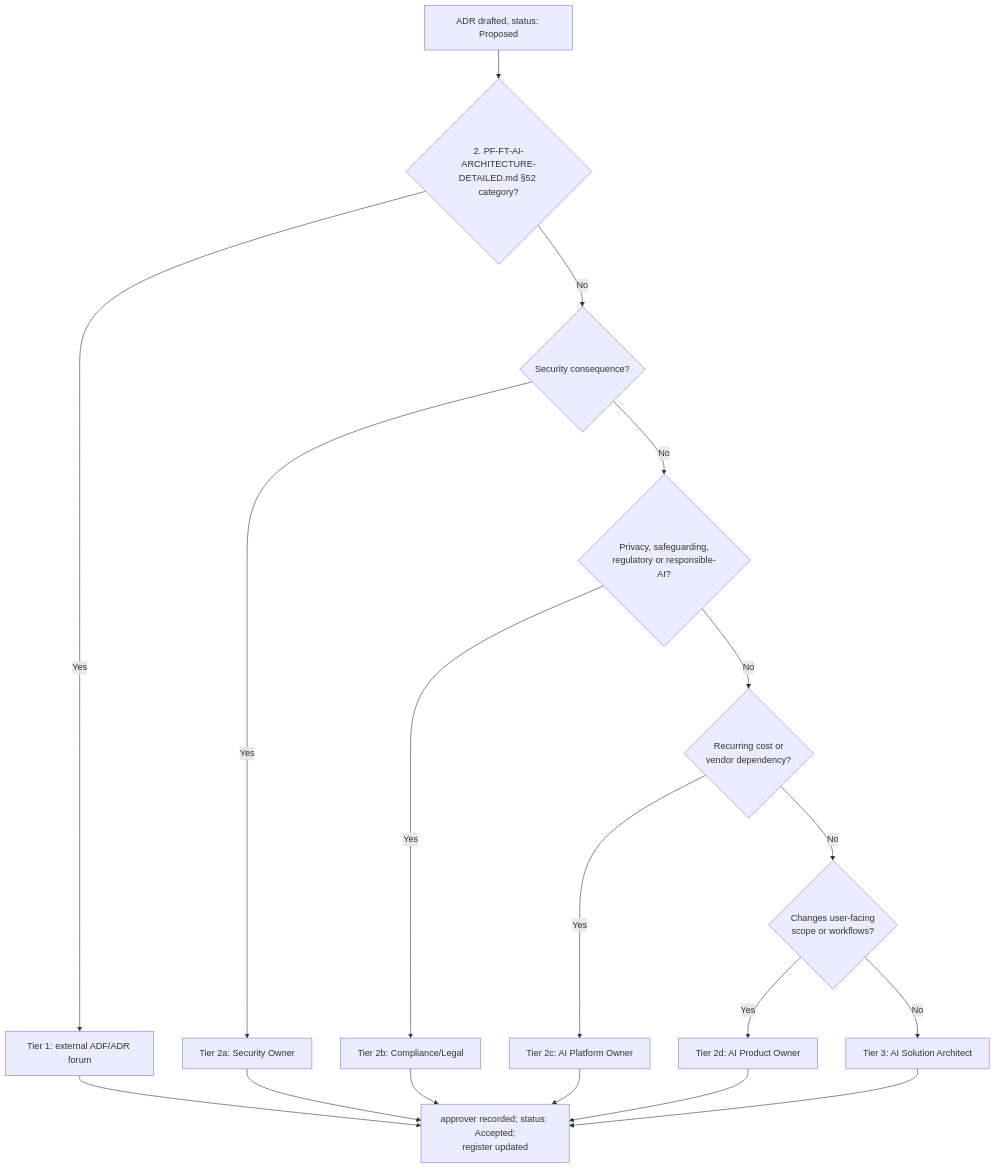
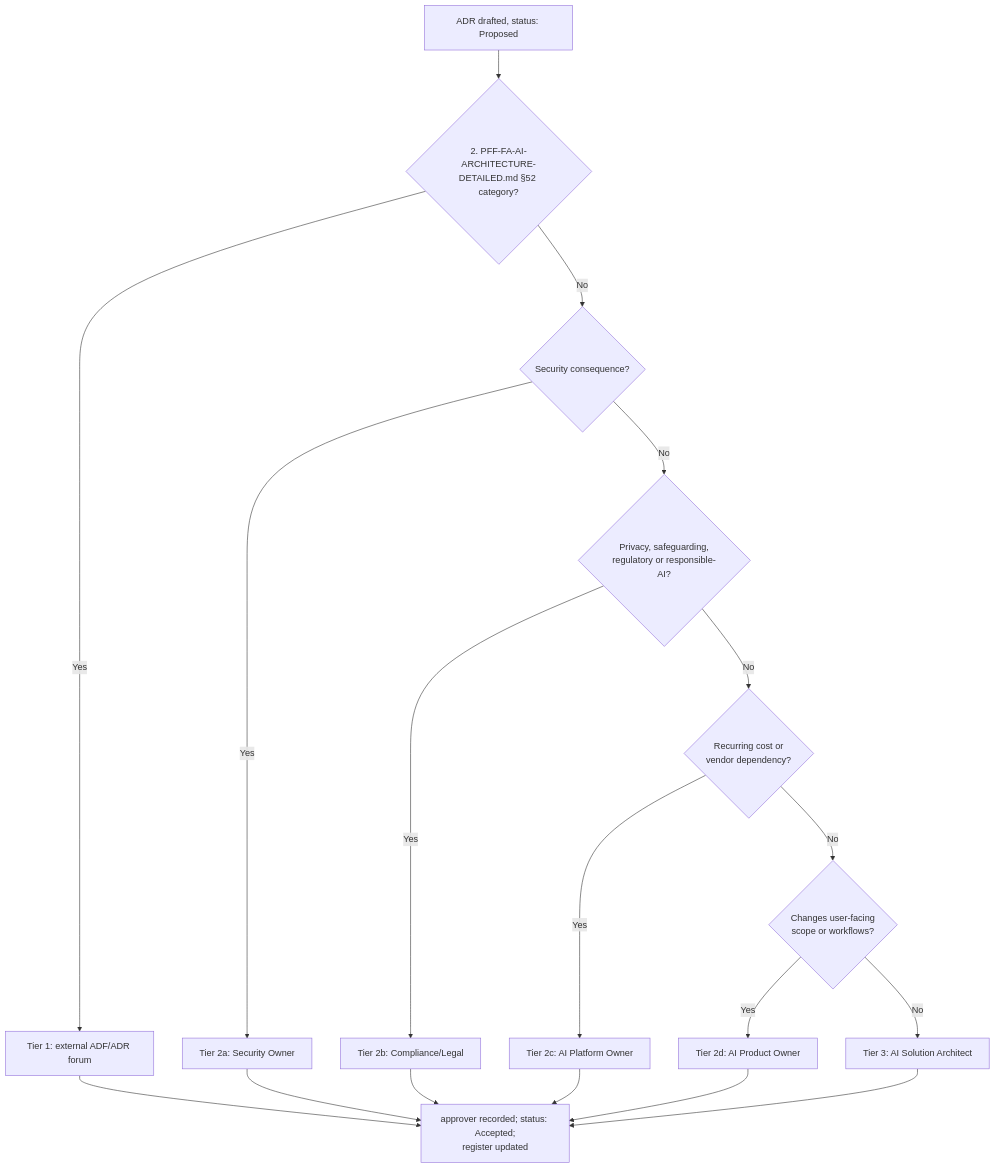
One commit to gobimca87/PF-FT changed the diagram in docs/architecture/adr/00-decision-programme/ADR-D0-03-decision-authority-and-review-board.md. Above: the diagram before and after it, drawn with Mermaid. The commit also changed other lines of this file and 880 other files, not shown here.

````diff
--- a/docs/architecture/adr/00-decision-programme/ADR-D0-03-decision-authority-and-review-board.md
+++ b/docs/architecture/adr/00-decision-programme/ADR-D0-03-decision-authority-and-review-board.md
@@ -306,20 +306,20 @@
 ```mermaid
 flowchart TD
-    A[ADR drafted, status: Proposed] --> B{2. PF-FT-AI-ARCHITECTURE-DETAILED.md §52 category?}
+    A[ADR drafted, status: Proposed] --> B{2. PFF-FA-AI-ARCHITECTURE-DETAILED.md §52 category?}
     B -- Yes --> C[Tier 1: external ADF/ADR forum]
     B -- No --> D{Security consequence?}
     D -- Yes --> E[Tier 2a: Security Owner]
     D -- No --> F{Privacy, safeguarding,<br/>regulatory or responsible-AI?}
     F -- Yes --> G[Tier 2b: Compliance/Legal]
     F -- No --> H{Recurring cost or<br/>vendor dependency?}
     H -- Yes --> I[Tier 2c: AI Platform Owner]
     H -- No --> J{Changes user-facing<br/>scope or workflows?}
     J -- Yes --> K[Tier 2d: AI Product Owner]
     J -- No --> L[Tier 3: AI Solution Architect]
     C --> M[approver recorded; status: Accepted;<br/>register updated]
     E --> M
     G --> M
     I --> M
     K --> M
     L --> M
 ```
````
